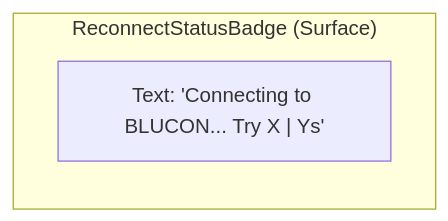
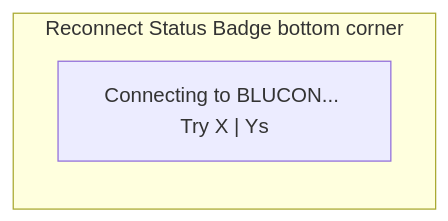
Before and after one commit to AdhiAdithyan/CallQTV: the second of 6 diagrams in docs/WIREFRAMES.md, drawn with Mermaid. The commit also changed other lines of this file and 9969 other files, not shown here.

````diff
--- a/docs/WIREFRAMES.md
+++ b/docs/WIREFRAMES.md
@@ -42,6 +56,6 @@
 ```mermaid
 graph LR
-    subgraph Badge ["ReconnectStatusBadge (Surface)"]
-        B["Text: 'Connecting to BLUCON... Try X | Ys'"]
+    subgraph Badge ["Reconnect Status Badge bottom corner"]
+        A["Connecting to BLUCON... Try X | Ys"]
     end
 ```
````
